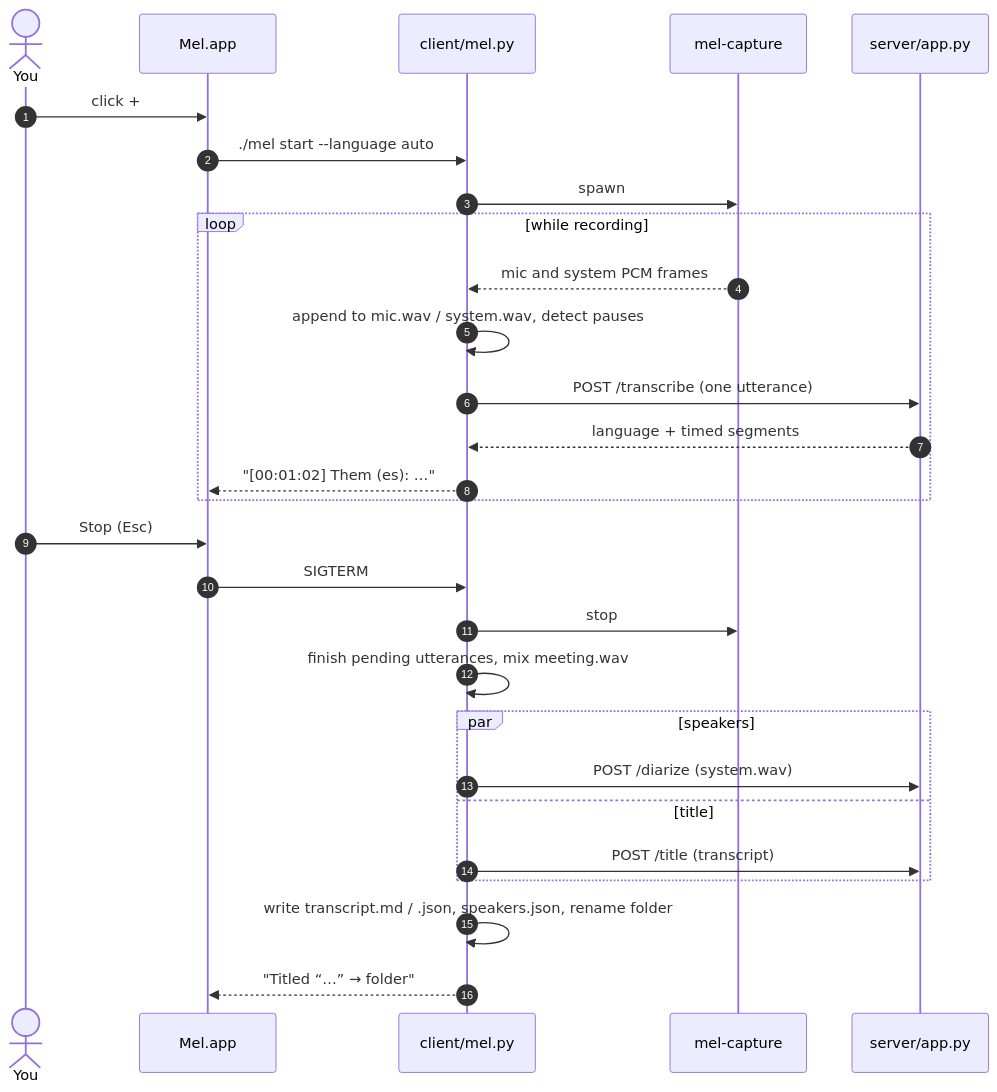
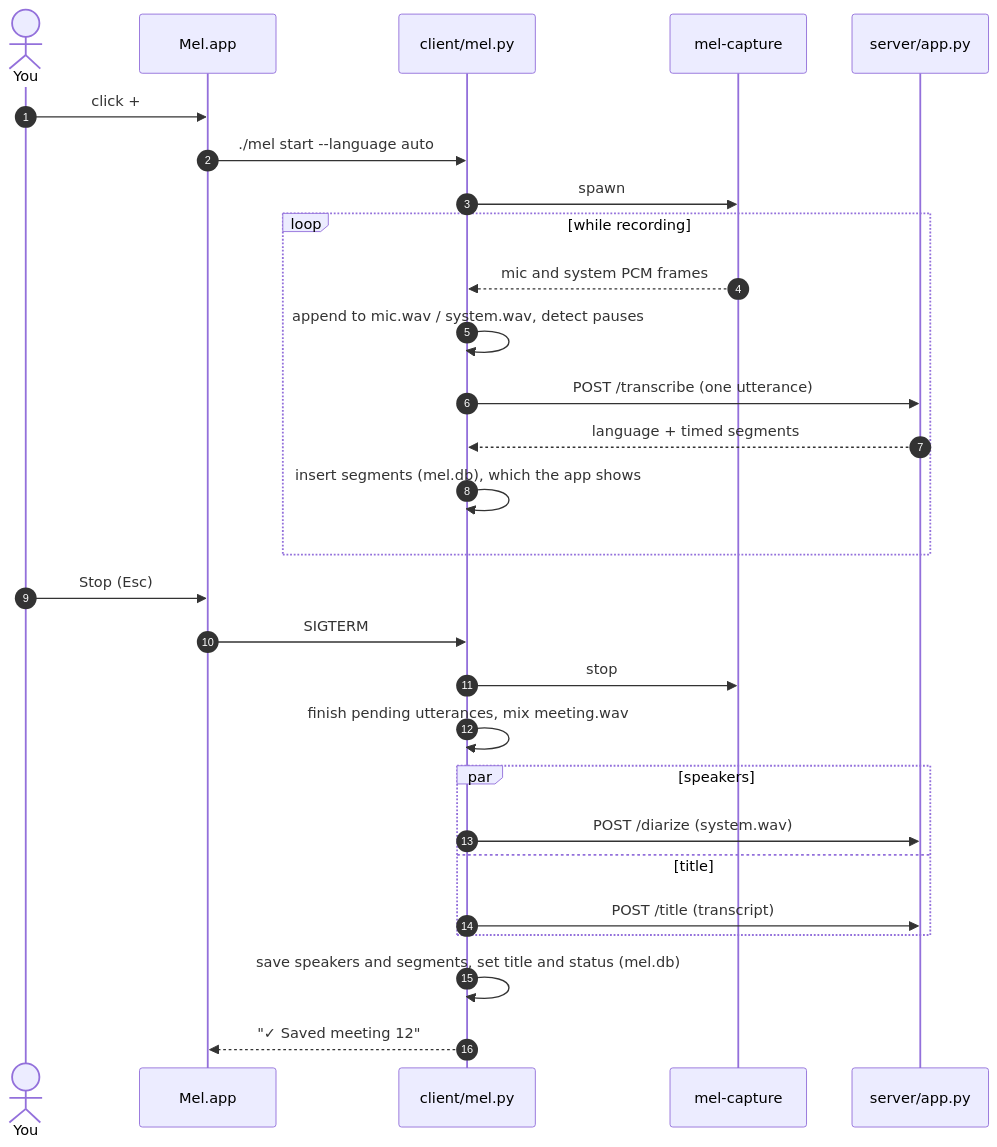
The second of 2 diagrams in docs/architecture.md (diegoquezadac/mel), drawn with Mermaid before and after one commit. The commit also changed other lines of this file and 21 other files, not shown here.

````diff
--- a/docs/architecture.md
+++ b/docs/architecture.md
@@ -43,30 +43,30 @@
 ```mermaid
 sequenceDiagram
     autonumber
     actor You
     participant App as Mel.app
     participant Client as client/mel.py
     participant Capture as mel-capture
     participant Server as server/app.py
     You->>App: click +
     App->>Client: ./mel start --language auto
     Client->>Capture: spawn
     loop while recording
         Capture-->>Client: mic and system PCM frames
         Client->>Client: append to mic.wav / system.wav, detect pauses
         Client->>Server: POST /transcribe (one utterance)
         Server-->>Client: language + timed segments
-        Client-->>App: "[00:01:02] Them (es): …"
+        Client->>Client: insert segments (mel.db), which the app shows
     end
     You->>App: Stop (Esc)
     App->>Client: SIGTERM
     Client->>Capture: stop
     Client->>Client: finish pending utterances, mix meeting.wav
     par speakers
         Client->>Server: POST /diarize (system.wav)
     and title
         Client->>Server: POST /title (transcript)
     end
-    Client->>Client: write transcript.md / .json, speakers.json, rename folder
-    Client-->>App: "Titled “…” → folder"
+    Client->>Client: save speakers and segments, set title and status (mel.db)
+    Client-->>App: "✓ Saved meeting 12"
 ```
````
